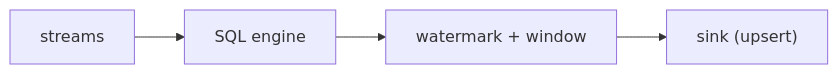
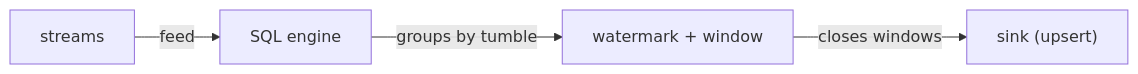
One commit to vinayakuber/streaming-systems-study-guide changed the eighth of 19 diagrams in docs/ch08-streaming-sql.md. Above: the diagram before and after it, drawn with Mermaid. The commit also changed other lines of this file and 22 other files, not shown here.

First line of the commit message:
R18: label every diagram arrow with its meaning

````diff
--- a/docs/ch08-streaming-sql.md
+++ b/docs/ch08-streaming-sql.md
@@ -187,6 +187,6 @@
 ```mermaid
 flowchart LR
-  S["streams"] --> Q["SQL engine"]
-  Q --> W["watermark + window"]
-  W --> K["sink (upsert)"]
+  S["streams"] -->|"feed"| Q["SQL engine"]
+  Q -->|"groups by tumble"| W["watermark + window"]
+  W -->|"closes windows"| K["sink (upsert)"]
 ```
````
